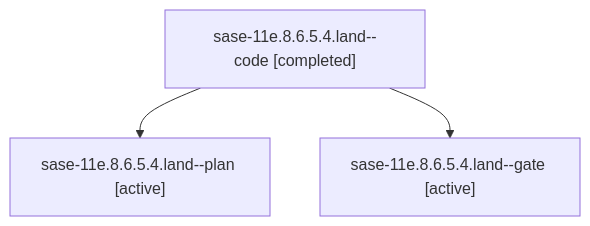
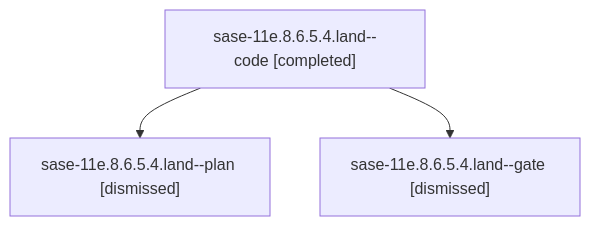
The diagram in sessions/bbugyi200.athena.sase-11e.8.6.5.4.land.md (sase-org/sase--agents), drawn with Mermaid before and after one commit. The commit also changed other lines of this file and 199 other files, not shown here.

````diff
--- a/sessions/bbugyi200.athena.sase-11e.8.6.5.4.land.md
+++ b/sessions/bbugyi200.athena.sase-11e.8.6.5.4.land.md
@@ -9,8 +9,8 @@
 ```mermaid
 flowchart TD
   n0["sase-11e.8.6.5.4.land--code [completed]"]
-  n1["sase-11e.8.6.5.4.land--plan [active]"]
+  n1["sase-11e.8.6.5.4.land--plan [dismissed]"]
   n0 --> n1
-  n2["sase-11e.8.6.5.4.land--gate [active]"]
+  n2["sase-11e.8.6.5.4.land--gate [dismissed]"]
   n0 --> n2
 ```
````
